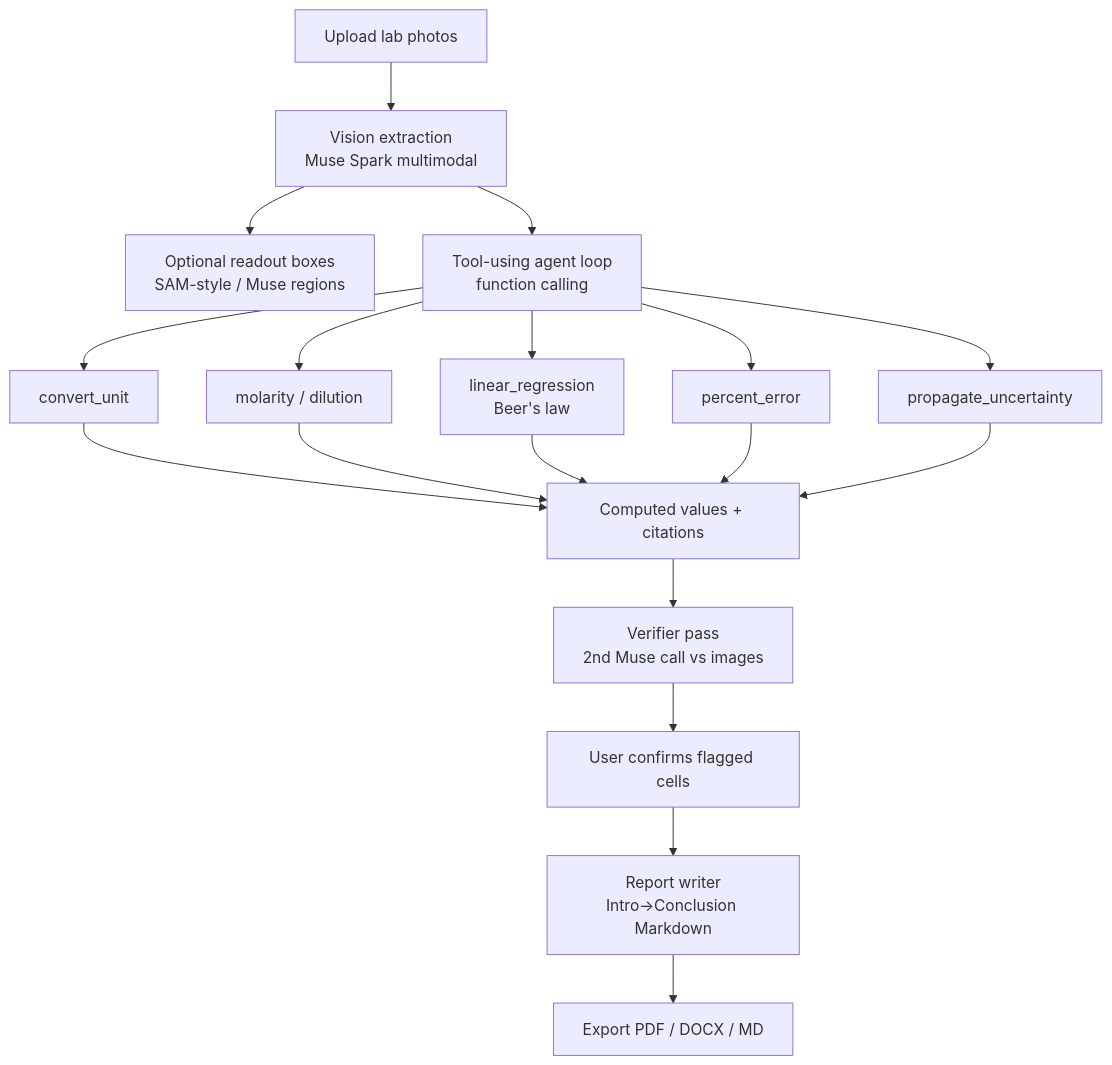
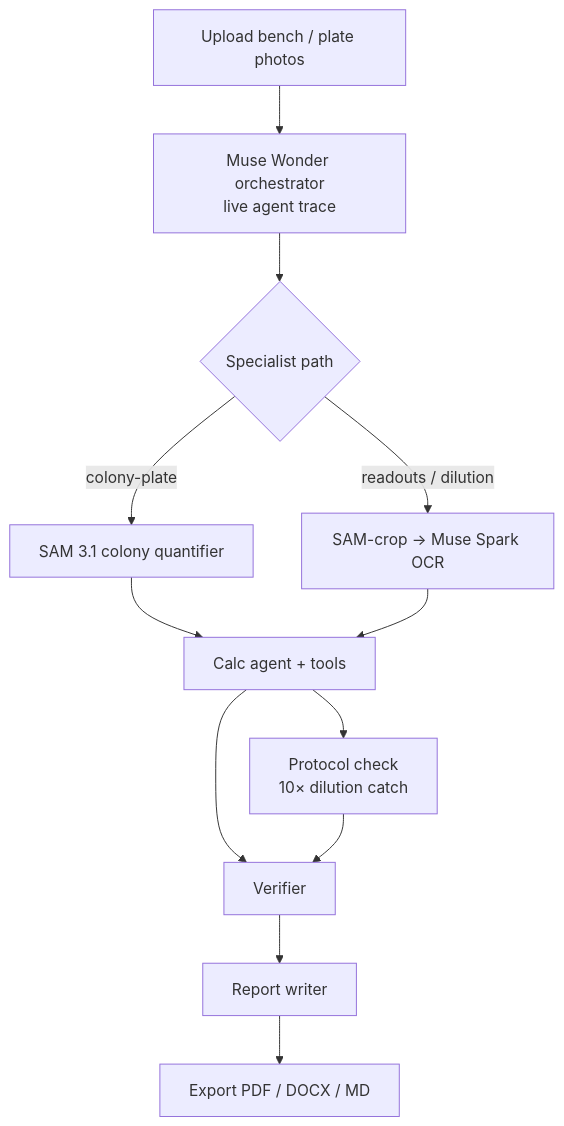
Before and after one commit to LuxologyGG/benchmate: the diagram in README.md, drawn with Mermaid. The commit also changed other lines of this file and 2 other files, not shown here.

First line of the commit message:
docs(pitch): wet-lab trainee frame + CFU/10× demo recorder (#3)

````diff
--- a/README.md
+++ b/README.md
@@ -20,16 +24,14 @@
 ```mermaid
 flowchart TD
-  A[Upload lab photos] --> B[Vision extraction<br/>Muse Spark multimodal]
-  B --> B2[Optional readout boxes<br/>SAM-style / Muse regions]
-  B --> C[Tool-using agent loop<br/>function calling]
-  C --> T1[convert_unit]
-  C --> T2[molarity / dilution]
-  C --> T3[linear_regression<br/>Beer's law]
-  C --> T4[percent_error]
-  C --> T5[propagate_uncertainty]
-  T1 & T2 & T3 & T4 & T5 --> D[Computed values + citations]
-  D --> E[Verifier pass<br/>2nd Muse call vs images]
-  E --> F[User confirms flagged cells]
-  F --> G[Report writer<br/>Intro→Conclusion Markdown]
+  A[Upload bench / plate photos] --> W[Muse Wonder orchestrator<br/>live agent trace]
+  W --> B{Specialist path}
+  B -->|colony-plate| Q[SAM 3.1 colony quantifier]
+  B -->|readouts / dilution| R[SAM-crop → Muse Spark OCR]
+  Q --> C[Calc agent + tools]
+  R --> C
+  C --> P[Protocol check<br/>10× dilution catch]
+  C --> V[Verifier]
+  P --> V
+  V --> G[Report writer]
   G --> H[Export PDF / DOCX / MD]
 ```
````
